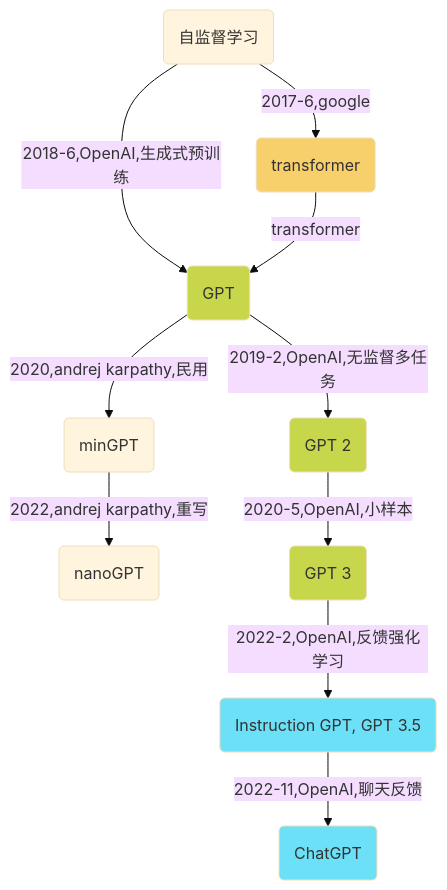
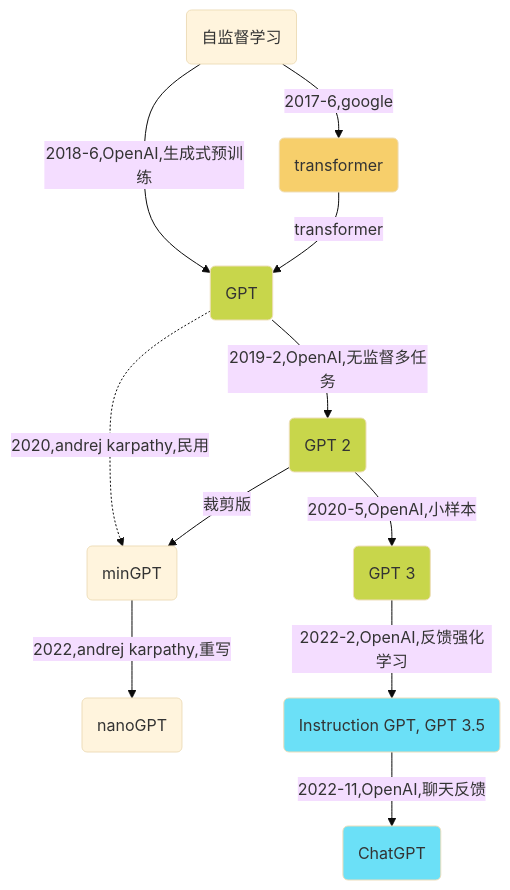
Before and after one commit to Gaohaoyang/gaohaoyang.github.io: the diagram in _posts/2019-12-14-gpt.md, drawn with Mermaid (base theme). The commit also changed other lines of this file, not shown here.

Commit message:
gpt演变更新

```diff
--- a/_posts/2019-12-14-gpt.md
+++ b/_posts/2019-12-14-gpt.md
@@ -149,19 +148,20 @@
 <div class="mermaid">
     flowchart TD
     %% 节点颜色
     classDef red fill:#f02;
     classDef green fill:#5CF77B;
     classDef blue fill:#6BE0F7;
     classDef orange fill:#F7CF6B;
     classDef grass fill:#C8D64B;
     %%节点关系定义
     O(自监督学习)-->|2017-6,google|A(transformer):::orange
     O-->|2018-6,OpenAI,生成式预训练| B
     A-->|transformer|B(GPT):::grass
     B-->|2019-2,OpenAI,无监督多任务|C(GPT 2):::grass
-    B-->|2020,andrej karpathy,民用|B1(minGPT)
+    B-.->|2020,andrej karpathy,民用|B1(minGPT)
     B1-->|2022,andrej karpathy,重写|B2(nanoGPT)
+    C-->|裁剪版|B1
     C-->|2020-5,OpenAI,小样本|D(GPT 3):::grass
     D-->|2022-2,OpenAI,反馈强化学习|E(Instruction GPT, GPT 3.5):::blue
     E-->|2022-11,OpenAI,聊天反馈|F(ChatGPT):::blue
 </div>
```
